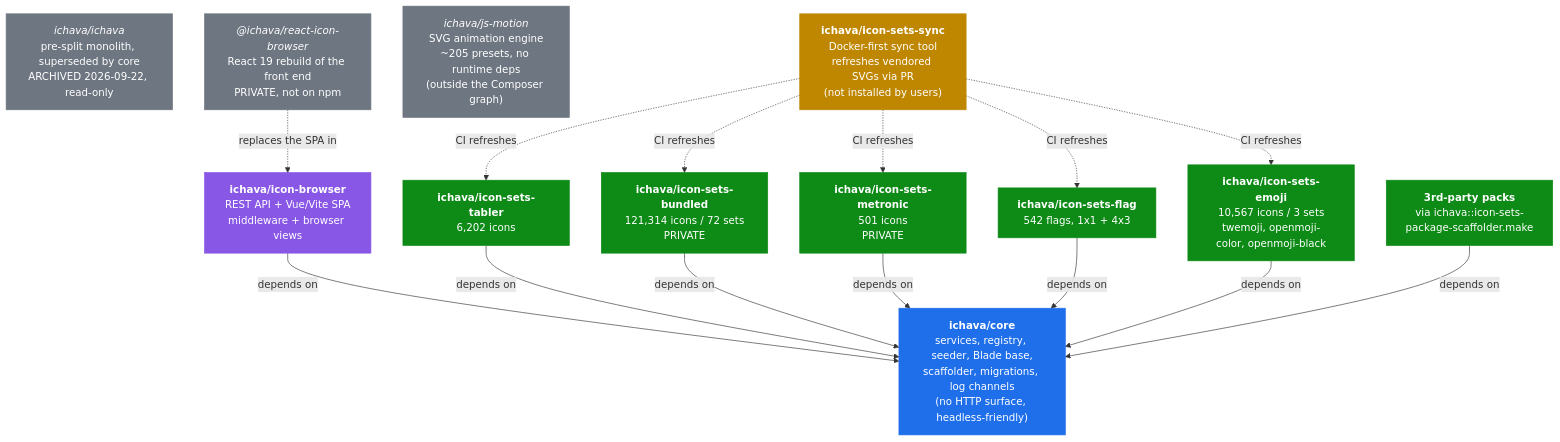
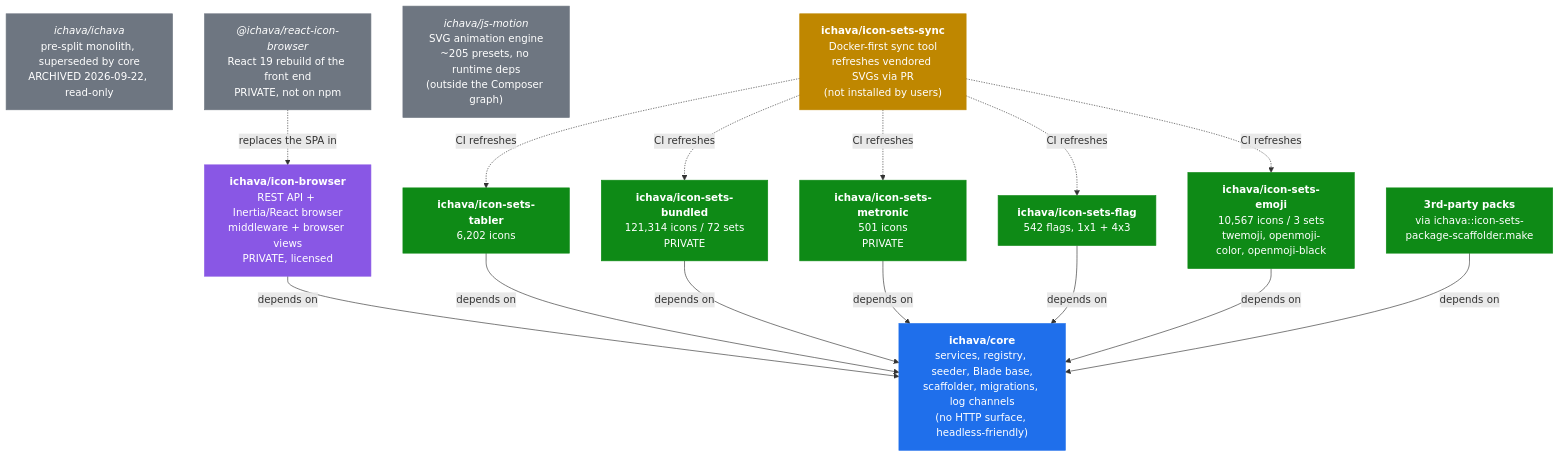
Before and after one commit to ichava/core: the first of 3 diagrams in docs/architecture.md, drawn with Mermaid. The commit also changed other lines of this file and 3 other files, not shown here.

First line of the commit message:
docs: mark ichava/icon-browser as a licensed add-on

````diff
--- a/docs/architecture.md
+++ b/docs/architecture.md
@@ -27,40 +27,40 @@
 ```mermaid
 flowchart TB
     core["<b>ichava/core</b><br/>services, registry, seeder, Blade base,<br/>scaffolder, migrations, log channels<br/>(no HTTP surface, headless-friendly)"]
-    browser["<b>ichava/icon-browser</b><br/>REST API + Vue/Vite SPA<br/>middleware + browser views"]
+    browser["<b>ichava/icon-browser</b><br/>REST API + Inertia/React browser<br/>middleware + browser views<br/>PRIVATE, licensed"]
     tabler["<b>ichava/icon-sets-tabler</b><br/>6,202 icons"]
     bundled["<b>ichava/icon-sets-bundled</b><br/>121,314 icons / 72 sets<br/>PRIVATE"]
     metronic["<b>ichava/icon-sets-metronic</b><br/>501 icons<br/>PRIVATE"]
     flag["<b>ichava/icon-sets-flag</b><br/>542 flags, 1x1 + 4x3"]
     emoji["<b>ichava/icon-sets-emoji</b><br/>10,567 icons / 3 sets<br/>twemoji, openmoji-color, openmoji-black"]
     third["<b>3rd-party packs</b><br/>via ichava::icon-sets-package-scaffolder.make"]
     meta["<i>ichava/ichava</i><br/>pre-split monolith, superseded by core<br/>ARCHIVED 2026-09-22, read-only"]
     toolkit["<b>ichava/icon-sets-sync</b><br/>Docker-first sync tool<br/>refreshes vendored SVGs via PR<br/>(not installed by users)"]
     motion["<i>ichava/js-motion</i><br/>SVG animation engine<br/>~205 presets, no runtime deps<br/>(outside the Composer graph)"]
     react["<i>@ichava/react-icon-browser</i><br/>React 19 rebuild of the front end<br/>PRIVATE, not on npm"]
 
     browser -- depends on --> core
     tabler -- depends on --> core
     bundled -- depends on --> core
     metronic -- depends on --> core
     flag -- depends on --> core
     emoji -- depends on --> core
     third -- depends on --> core
     toolkit -. CI refreshes .-> tabler
     toolkit -. CI refreshes .-> bundled
     toolkit -. CI refreshes .-> metronic
     toolkit -. CI refreshes .-> flag
     toolkit -. CI refreshes .-> emoji
     react -. replaces the SPA in .-> browser
 
     classDef engine fill:#1f6feb,stroke:#1f6feb,color:#fff
     classDef http fill:#8957e5,stroke:#8957e5,color:#fff
     classDef pack fill:#0e8a16,stroke:#0e8a16,color:#fff
     classDef other fill:#6e7681,stroke:#6e7681,color:#fff
     classDef tooling fill:#bf8700,stroke:#bf8700,color:#fff
     class core engine
     class browser http
     class tabler,bundled,metronic,flag,emoji,third pack
     class meta,motion,react other
     class toolkit tooling
 ```
````
